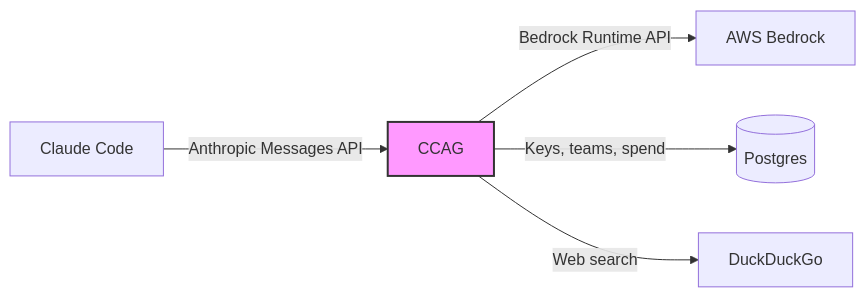
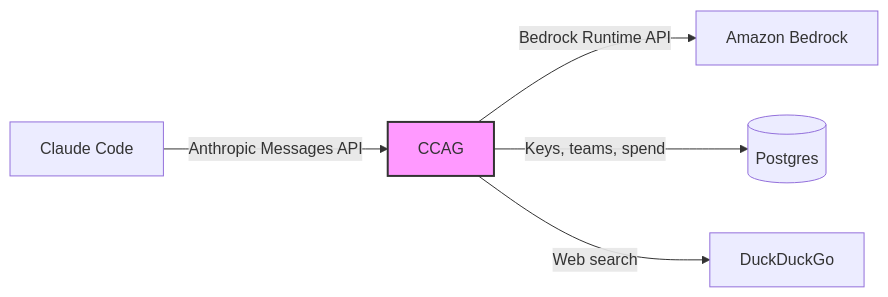
One commit to antkawam/claude-code-aws-gateway changed the diagram in README.md. Above: the diagram before and after it, drawn with Mermaid. The commit also changed other lines of this file and 10 other files, not shown here.

First line of the commit message:
Rename AWS Bedrock to Amazon Bedrock throughout

````diff
--- a/README.md
+++ b/README.md
@@ -26,9 +26,9 @@
 ```mermaid
 graph LR
     CC[Claude Code] -->|Anthropic Messages API| CCAG[CCAG]
-    CCAG -->|Bedrock Runtime API| BR[AWS Bedrock]
+    CCAG -->|Bedrock Runtime API| BR[Amazon Bedrock]
     CCAG -->|Keys, teams, spend| RDS[(Postgres)]
     CCAG -->|Web search| DDG[DuckDuckGo]
 
     style CCAG fill:#f9f,stroke:#333,stroke-width:2px
 ```
````
